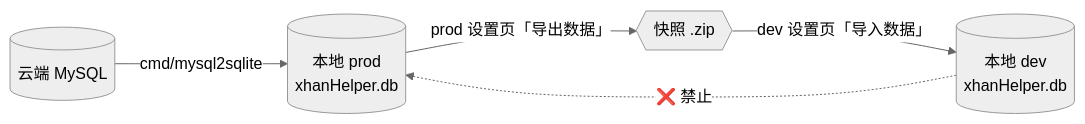
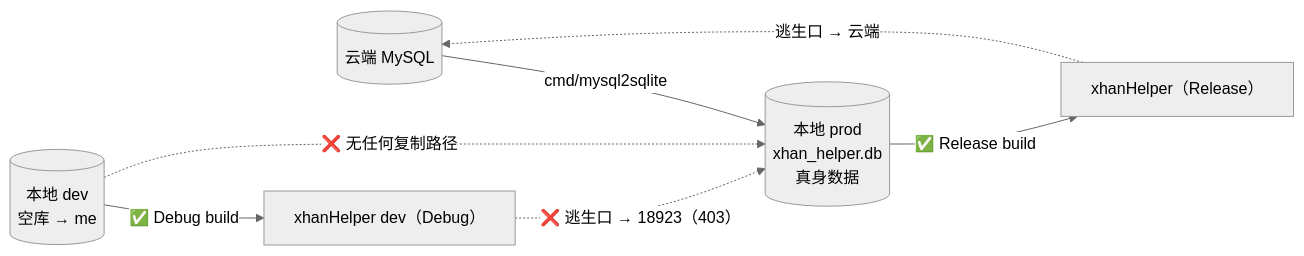
One commit to xHanJiao/xhanHelper changed diagram 11 of 12 in docs/design/local-sqlite/design.md. Above: the diagram before and after it, drawn with Mermaid (neutral theme). The commit also changed other lines of this file, not shown here.

First line of the commit message:
docs(local-sqlite): 第 4 期定稿——同一 app 按构建分环境 + env 校验三层

````diff
--- a/docs/design/local-sqlite/design.md
+++ b/docs/design/local-sqlite/design.md
@@ -517,7 +563,9 @@
 ```mermaid
 flowchart LR
-    CLOUD[("云端 MySQL")] -->|cmd/mysql2sqlite| PROD[("本地 prod<br/>xhanHelper.db")]
-    PROD -->|prod 设置页「导出数据」| ZIP{{"快照 .zip"}}
-    ZIP -->|dev 设置页「导入数据」| DEV[("本地 dev<br/>xhanHelper.db")]
-    DEV -.->|❌ 禁止| PROD
+    CLOUD[("云端 MySQL")] -->|cmd/mysql2sqlite| PROD[("本地 prod<br/>xhan_helper.db<br/>真身数据")]
+    PROD -->|"✅ Release build"| PAPP["xhanHelper（Release）"]
+    DEV[("本地 dev<br/>空库 → me")] -->|"✅ Debug build"| DAPP["xhanHelper dev（Debug）"]
+    PAPP -.->|"逃生口 → 云端"| CLOUD
+    DAPP -.->|"❌ 逃生口 → 18923（403）"| PROD
+    DEV -.->|❌ 无任何复制路径| PROD
 ```
````
